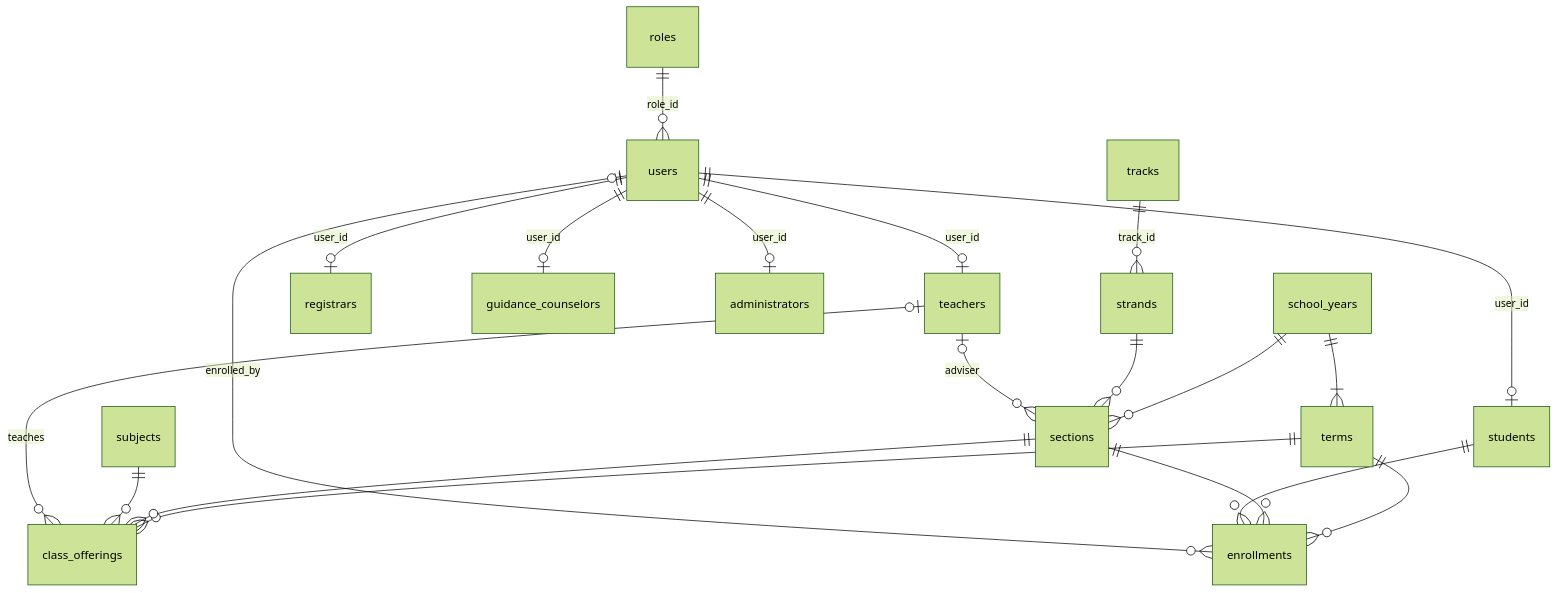
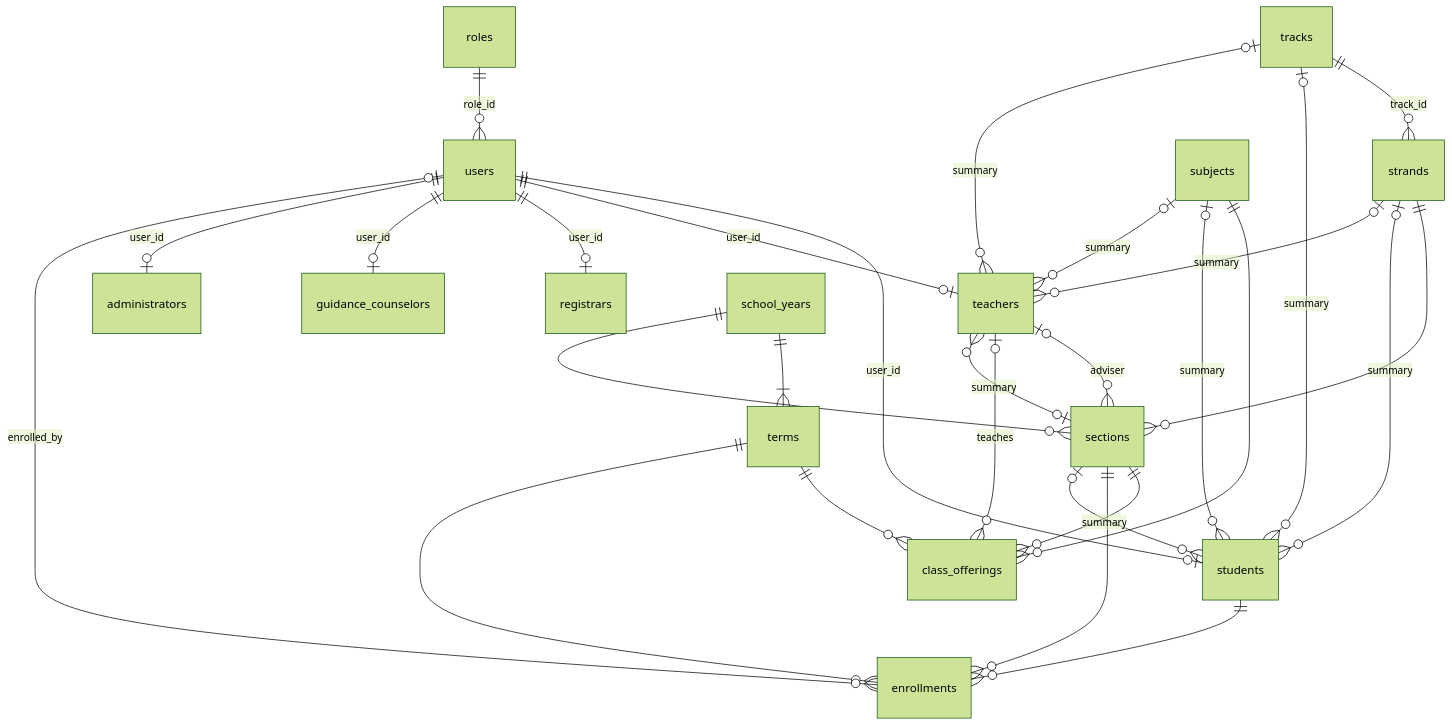
One commit to Vargasjecco18/SEAITTLMS changed the diagram in docs/database.md. Above: the diagram before and after it, drawn with Mermaid (forest theme). The commit also changed other lines of this file and 65 other files, not shown here.

````diff
--- a/docs/database.md
+++ b/docs/database.md
@@ -31,25 +28,34 @@
 ```mermaid
 erDiagram
     roles ||--o{ users : "role_id"
     users ||--o| students : "user_id"
     users ||--o| teachers : "user_id"
     users ||--o| registrars : "user_id"
     users ||--o| guidance_counselors : "user_id"
     users ||--o| administrators : "user_id"
 
     school_years ||--|{ terms : ""
     school_years ||--o{ sections : ""
     tracks ||--o{ strands : "track_id"
     strands ||--o{ sections : ""
     teachers |o--o{ sections : "adviser"
 
     terms ||--o{ class_offerings : ""
     sections ||--o{ class_offerings : ""
     subjects ||--o{ class_offerings : ""
     teachers |o--o{ class_offerings : "teaches"
 
     terms ||--o{ enrollments : ""
     sections ||--o{ enrollments : ""
     students ||--o{ enrollments : ""
     users |o--o{ enrollments : "enrolled_by"
+
+    tracks |o--o{ students : "summary"
+    strands |o--o{ students : "summary"
+    subjects |o--o{ students : "summary"
+    sections |o--o{ students : "summary"
+    tracks |o--o{ teachers : "summary"
+    strands |o--o{ teachers : "summary"
+    subjects |o--o{ teachers : "summary"
+    sections |o--o{ teachers : "summary"
 ```
````
